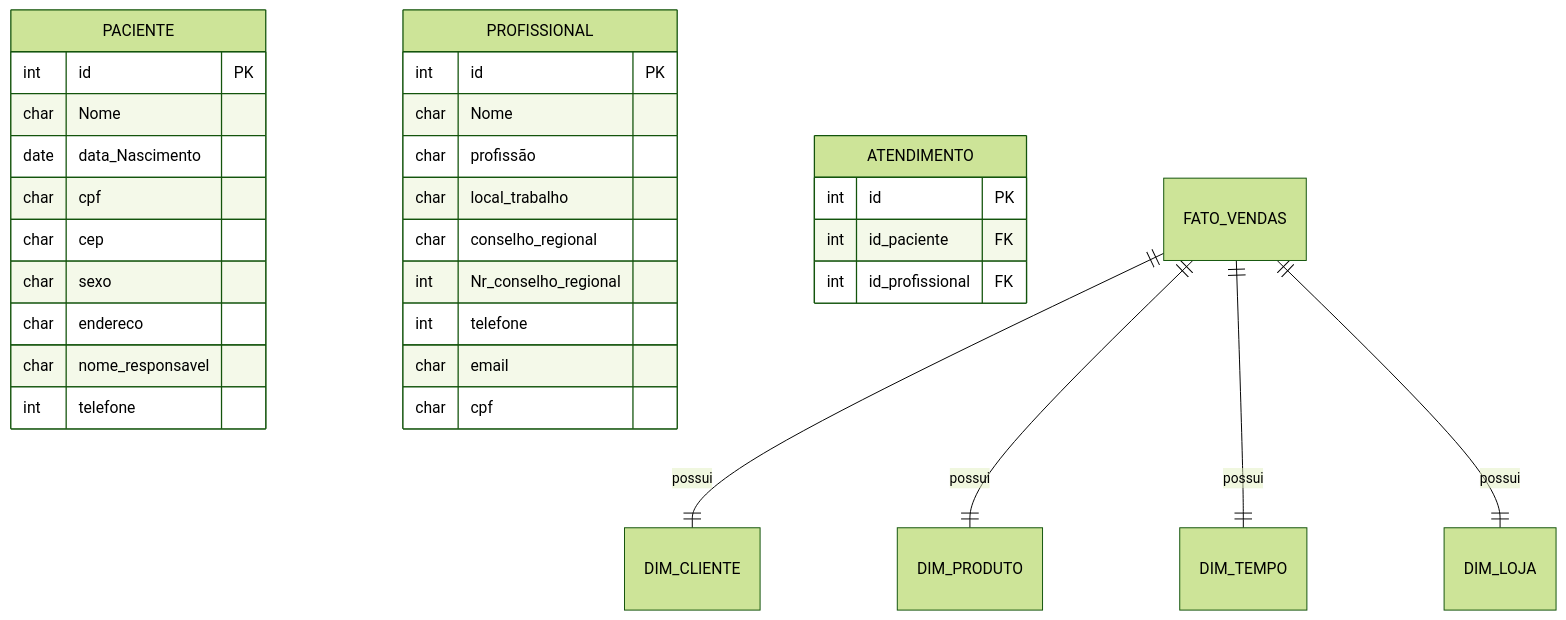
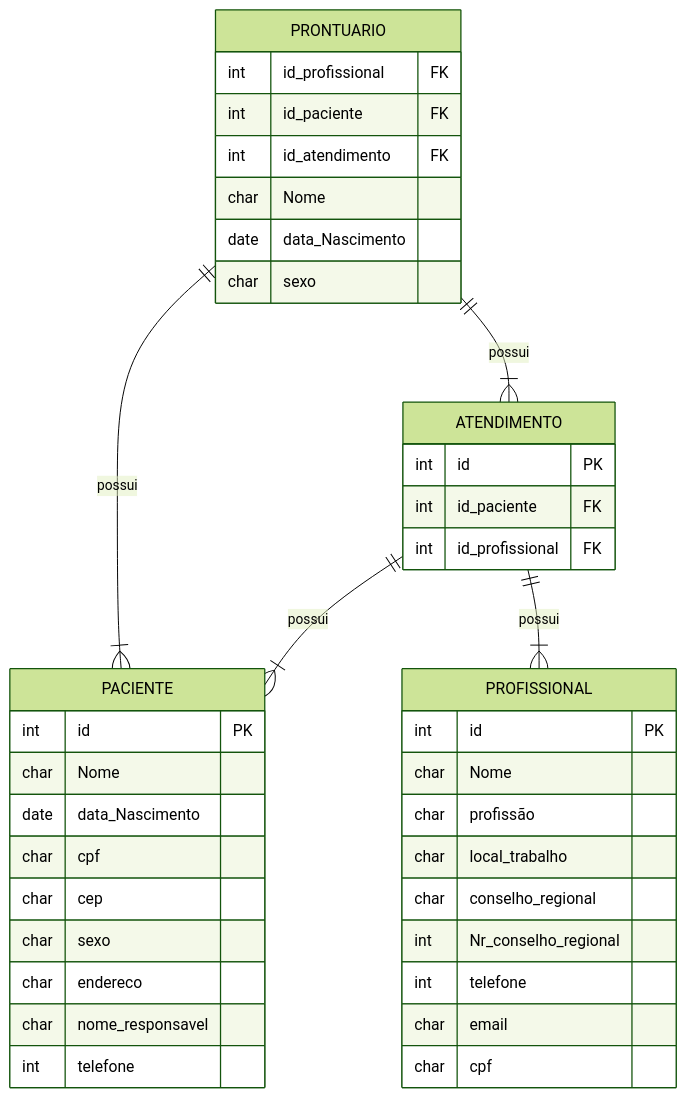
The diagram in Modelo_Bd/modelo.mmd (Pedro-gomes123/healthy-app-be), drawn with Mermaid (forest theme) before and after one commit. The commit also changed other lines of this file and 1 other file, not shown here.

Commit message:
criação de um modelo inicial com uma estrutura base baseada nas duas tabelas paciente e profissional

```diff
--- a/Modelo_Bd/modelo.mmd
+++ b/Modelo_Bd/modelo.mmd
@@ -1,47 +1,54 @@
 erDiagram
     %% nome_responsavel caso seje menor de idade 
     PACIENTE{
         int id PK
         char Nome
         date data_Nascimento
         char cpf 
         char cep
         char sexo
         char endereco 
         char nome_responsavel 
         int telefone
 
     }
     
     PROFISSIONAL{
         int id PK
         char Nome
         char profissão
         char local_trabalho
         char conselho_regional
         int Nr_conselho_regional
         int telefone
         char email
         char cpf
 
     }
 
     ATENDIMENTO{
         int id PK
         int id_paciente FK
         int id_profissional FK
         
     }
 
-    DIM_TEMPO {
-        
+    PRONTUARIO {
+        int id_profissional FK 
+        int id_paciente FK 
+        int id_atendimento FK
+        char Nome
+        date data_Nascimento
+        char sexo
     }
 
-    DIM_LOJA {
-        
-    }
+    
+    %% Relações do Atendimento
 
-    FATO_VENDAS ||--|| DIM_CLIENTE : possui
-    FATO_VENDAS ||--|| DIM_PRODUTO : possui
-    FATO_VENDAS ||--|| DIM_TEMPO : possui
-    FATO_VENDAS ||--|| DIM_LOJA : possui
+    ATENDIMENTO ||--|{ PACIENTE : possui
+    ATENDIMENTO ||--|{ PROFISSIONAL : possui
+    
+    %% Relações do Prontuario
+
+    PRONTUARIO  ||--|{ ATENDIMENTO  : possui
+    PRONTUARIO  ||--|{ PACIENTE : possui
```
